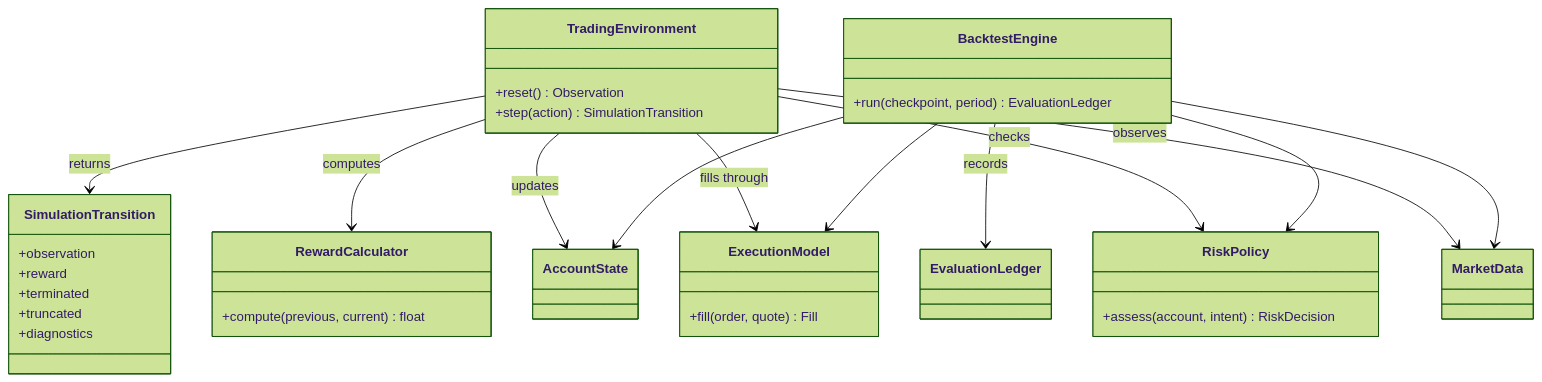
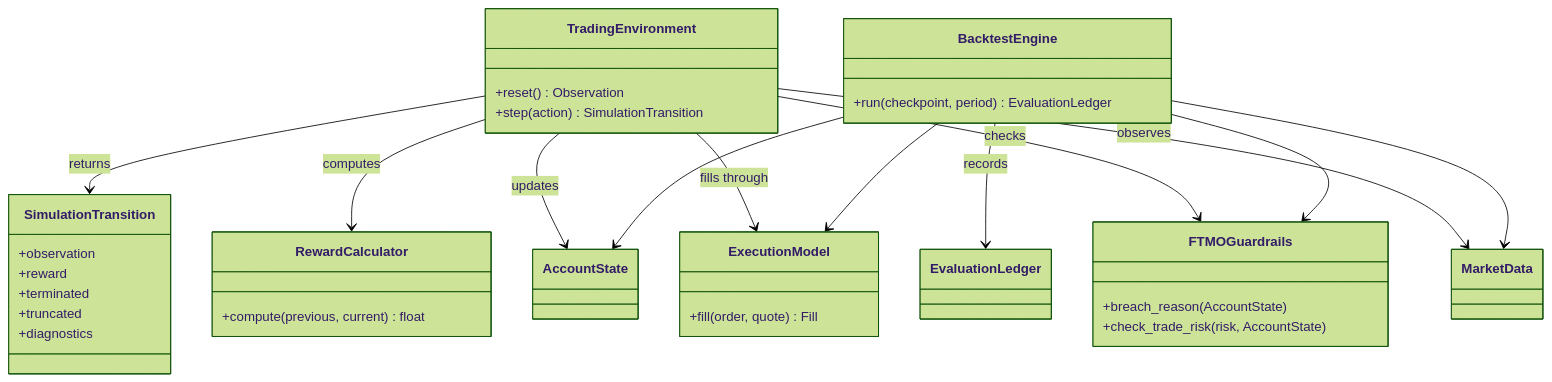
One commit to nntk072/Quantitative-RL-Trading-System changed the second of 2 diagrams in docs/modules/simulation.md. Above: the diagram before and after it, drawn with Mermaid (forest theme). The commit also changed other lines of this file and 1229 other files, not shown here.

````diff
--- a/docs/modules/simulation.md
+++ b/docs/modules/simulation.md
@@ -60,40 +63,41 @@
 ```mermaid
 classDiagram
     class TradingEnvironment {
       +reset() Observation
       +step(action) SimulationTransition
     }
     class SimulationTransition {
       +observation
       +reward
       +terminated
       +truncated
       +diagnostics
     }
     class BacktestEngine {
       +run(checkpoint, period) EvaluationLedger
     }
     class MarketData
     class AccountState
     class ExecutionModel {
       +fill(order, quote) Fill
     }
-    class RiskPolicy {
-      +assess(account, intent) RiskDecision
+    class FTMOGuardrails {
+      +breach_reason(AccountState)
+      +check_trade_risk(risk, AccountState)
     }
     class RewardCalculator {
       +compute(previous, current) float
     }
     class EvaluationLedger
     TradingEnvironment --> MarketData : observes
-    TradingEnvironment --> RiskPolicy : checks
+    TradingEnvironment --> FTMOGuardrails : checks
     TradingEnvironment --> ExecutionModel : fills through
     TradingEnvironment --> AccountState : updates
     TradingEnvironment --> RewardCalculator : computes
     TradingEnvironment --> SimulationTransition : returns
     BacktestEngine --> MarketData
-    BacktestEngine --> RiskPolicy
+    BacktestEngine --> FTMOGuardrails
     BacktestEngine --> ExecutionModel
     BacktestEngine --> AccountState
     BacktestEngine --> EvaluationLedger : records
 ```
````
